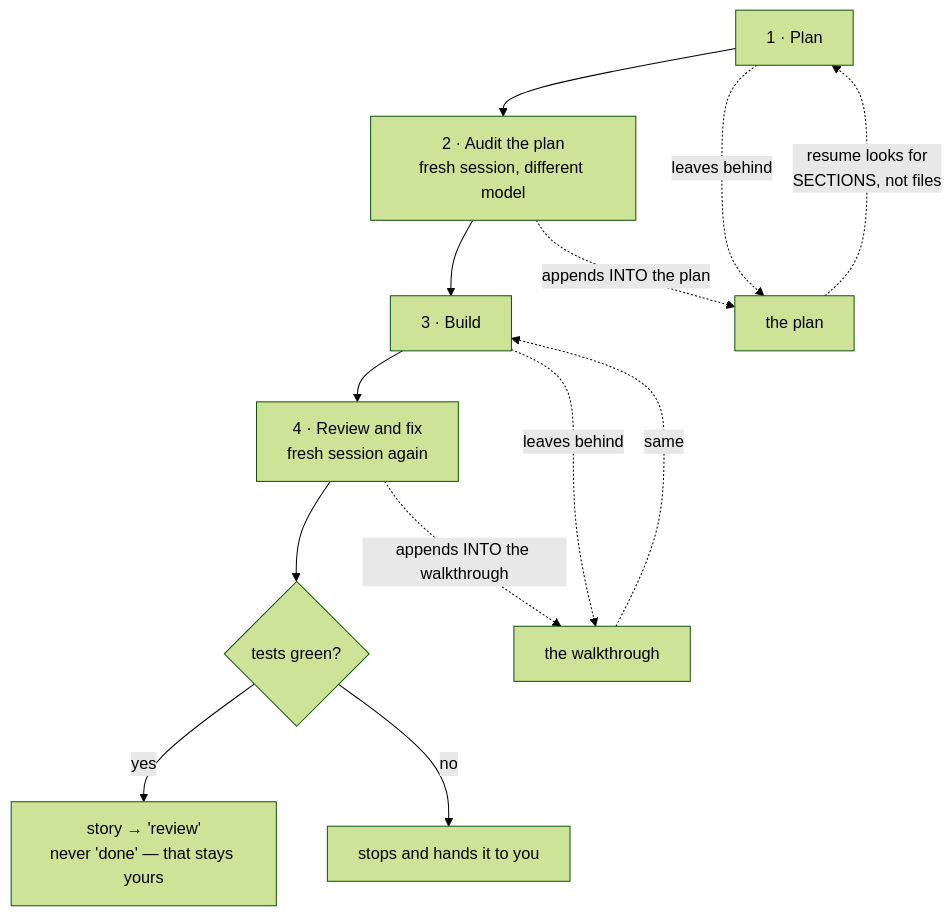
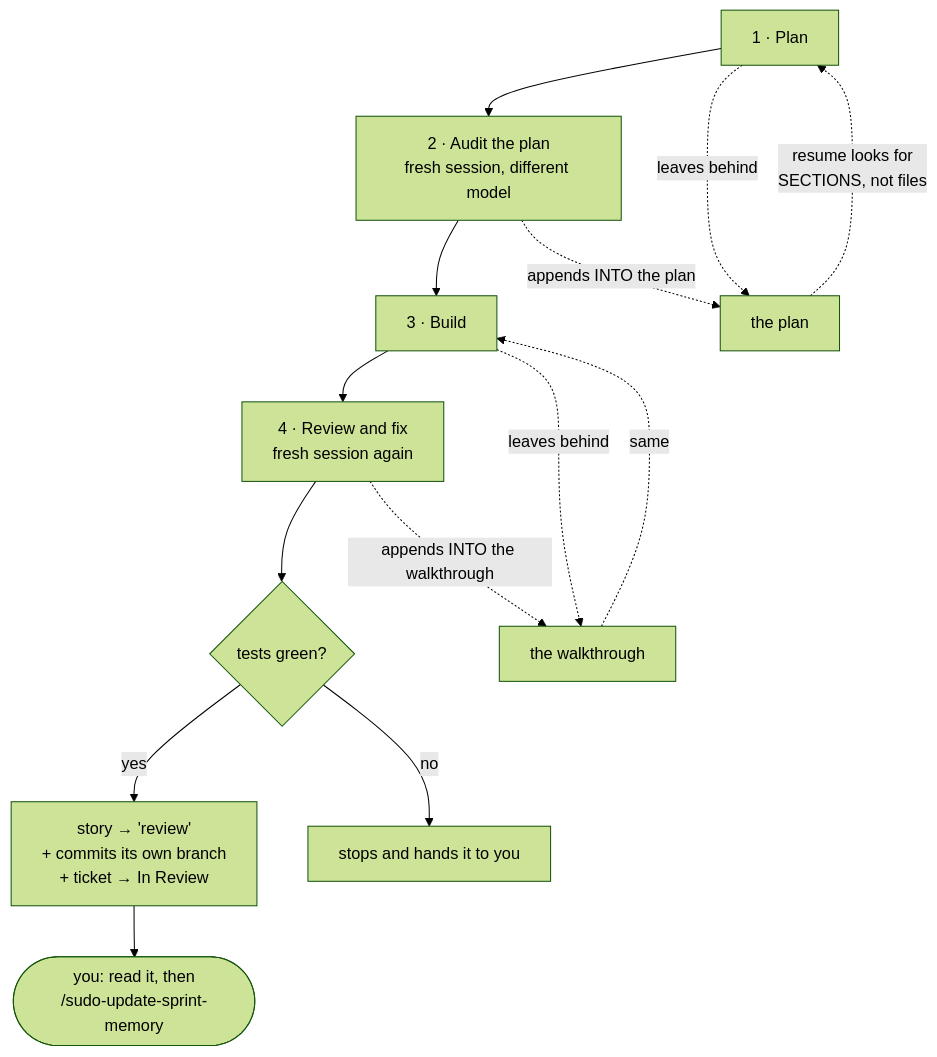
One commit to sudomadhatter/Sudo_Hatter_Command changed the seventh of 8 diagrams in _my_resources/_quick_reference/sudo_workflows_testing.md. Above: the diagram before and after it, drawn with Mermaid (forest theme). The commit also changed other lines of this file and 7 other files, not shown here.

First line of the commit message:
SCC-41 docs(autopilot): the engines run each story in its own worktree

````diff
--- a/_my_resources/_quick_reference/sudo_workflows_testing.md
+++ b/_my_resources/_quick_reference/sudo_workflows_testing.md
@@ -529,15 +529,16 @@
 ```mermaid
 flowchart TD
     S1["1 · Plan"] --> S2["2 · Audit the plan\nfresh session, different model"]
     S2 --> S3["3 · Build"]
     S3 --> S4["4 · Review and fix\nfresh session again"]
     S4 --> GATE{"tests green?"}
-    GATE -- "yes" --> REV["story → 'review'\nnever 'done' — that stays yours"]
+    GATE -- "yes" --> REV["story → 'review'\n+ commits its own branch\n+ ticket → In Review"]
     GATE -- "no" --> HAND["stops and hands it to you"]
+    REV --> YOU(["you: read it, then\n/sudo-update-sprint-memory"])
     S1 -.->|"leaves behind"| P["the plan"]
     S2 -.->|"appends INTO the plan"| P
     S3 -.->|"leaves behind"| WK["the walkthrough"]
     S4 -.->|"appends INTO the walkthrough"| WK
     P -.->|"resume looks for\nSECTIONS, not files"| S1
     WK -.->|"same"| S3
 ```
````
